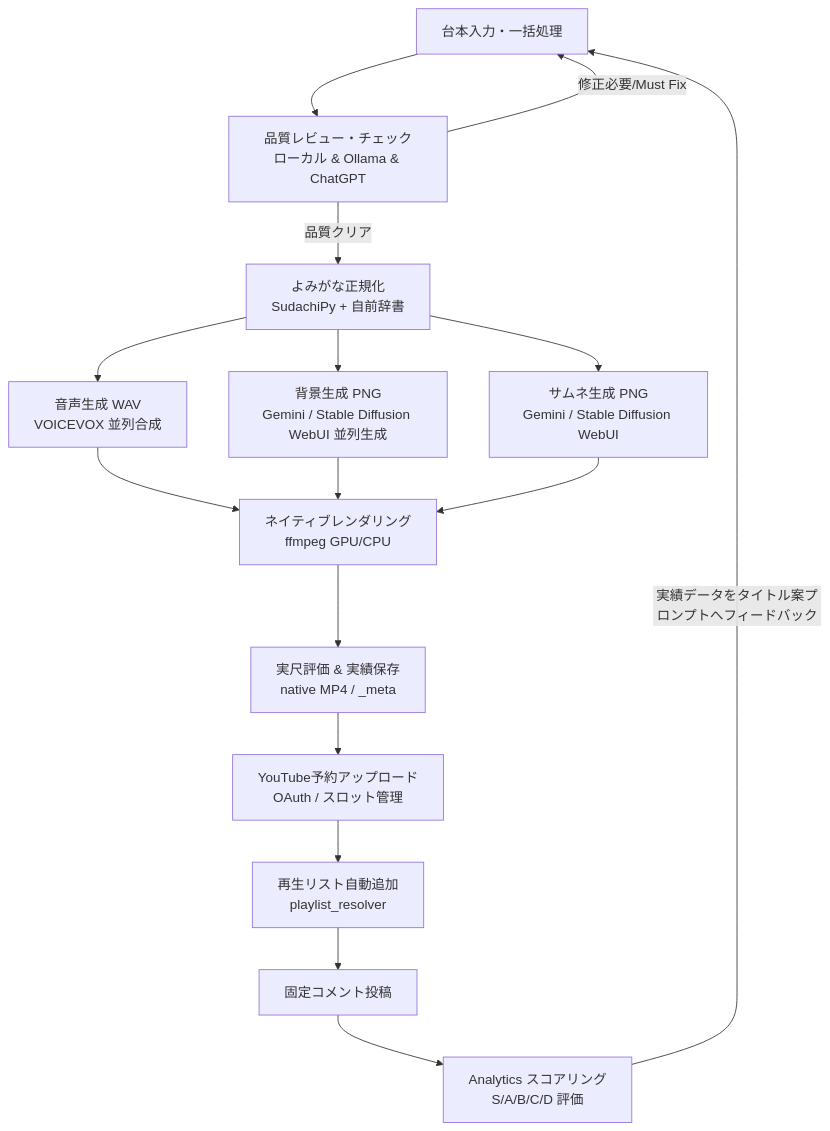
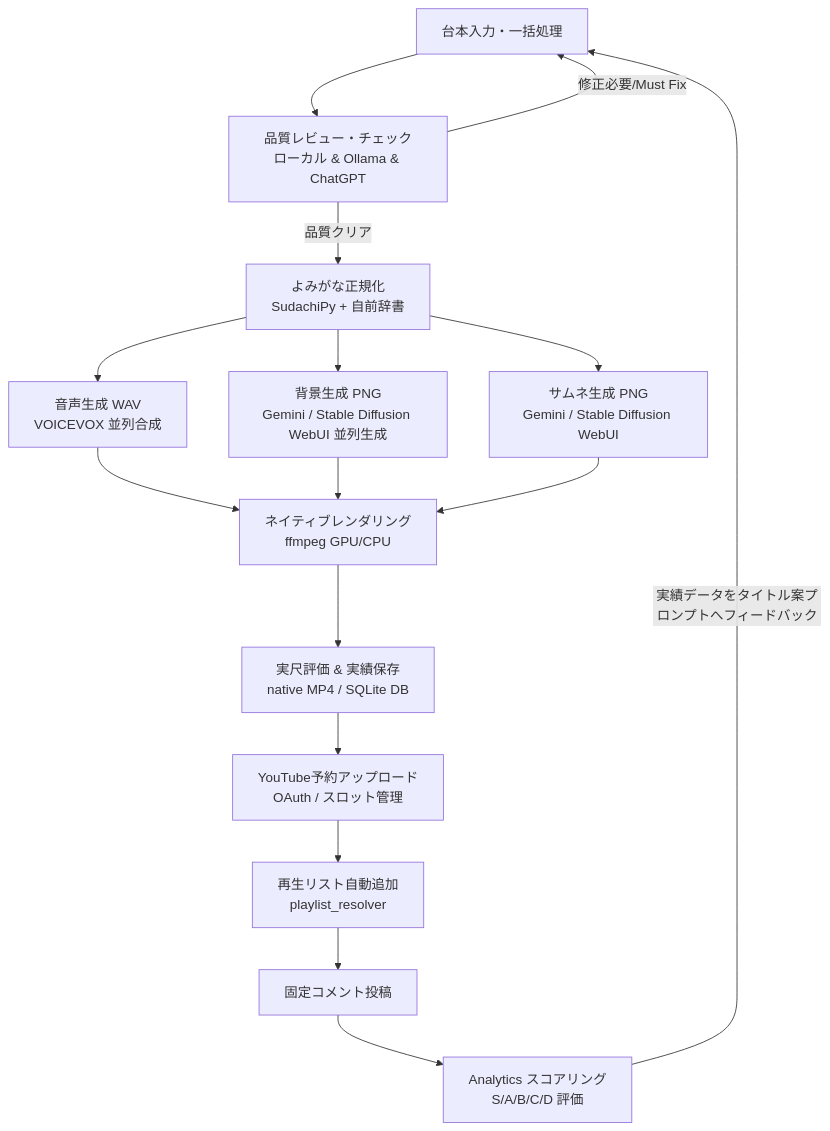
The diagram in README.md (benybeny777/PicoCast), drawn with Mermaid before and after one commit. The commit also changed other lines of this file, not shown here.

````diff
--- a/README.md
+++ b/README.md
@@ -41,18 +41,18 @@
 ```mermaid
 graph TD
     A[台本入力・一括処理] --> B[品質レビュー・チェック<br/>ローカル & Ollama & ChatGPT]
     B -->|修正必要/Must Fix| A
     B -->|品質クリア| C[よみがな正規化<br/>SudachiPy + 自前辞書]
     C --> D[音声生成 WAV<br/>VOICEVOX 並列合成]
     C --> E[背景生成 PNG<br/>Gemini / Stable Diffusion WebUI 並列生成]
     C --> T[サムネ生成 PNG<br/>Gemini / Stable Diffusion WebUI]
     D --> F[ネイティブレンダリング<br/>ffmpeg GPU/CPU]
     E --> F
     T --> F
-    F --> G[実尺評価 & 実績保存<br/>native MP4 / _meta]
+    F --> G[実尺評価 & 実績保存<br/>native MP4 / SQLite DB]
     G --> H[YouTube予約アップロード<br/>OAuth / スロット管理]
     H --> I[再生リスト自動追加<br/>playlist_resolver]
     I --> J[固定コメント投稿]
     J --> K[Analytics スコアリング<br/>S/A/B/C/D 評価]
     K -->|実績データをタイトル案プロンプトへフィードバック| A
 ```
````
